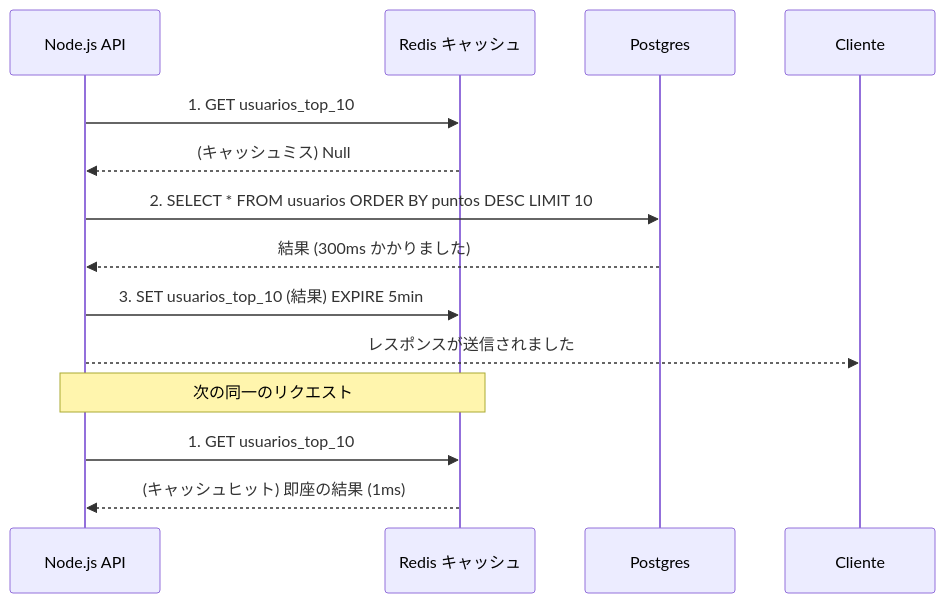
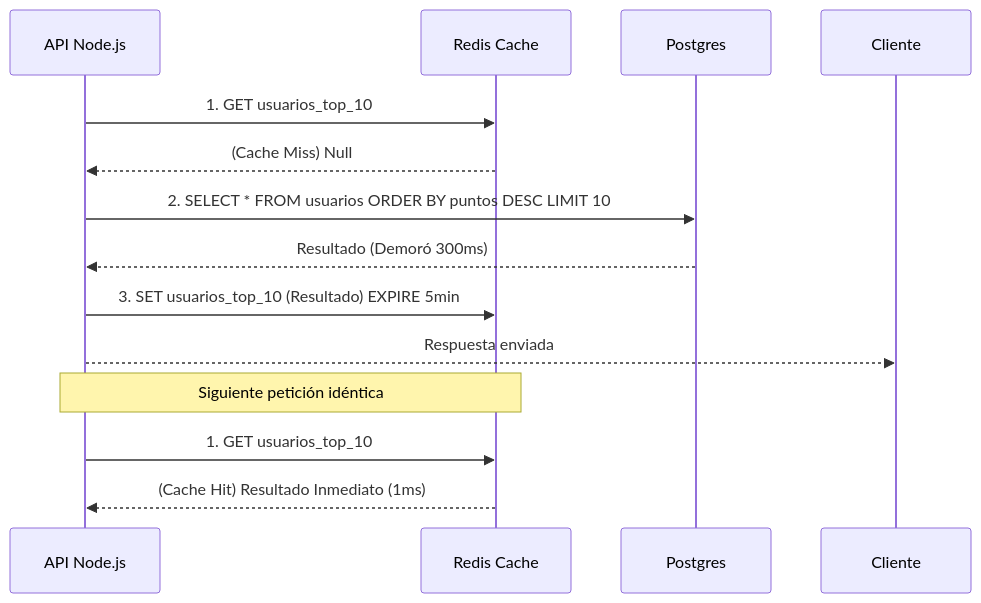
One commit to gjpierp/nmergeia changed the first of 2 diagrams in public/docs/ja/ext_node_experto.md. Above: the diagram before and after it, drawn with Mermaid. The commit also changed other lines of this file and 518 other files, not shown here.

````diff
--- a/public/docs/ja/ext_node_experto.md
+++ b/public/docs/ja/ext_node_experto.md
@@ -11,17 +11,17 @@
 ```mermaid
 sequenceDiagram
-    participant App as Node.js API
-    participant Redis as Redis キャッシュ
+    participant App as API Node.js
+    participant Redis as Redis Cache
     participant DB as Postgres
 
     App->>Redis: 1. GET usuarios_top_10
-    Redis-->>App: (キャッシュミス) Null
+    Redis-->>App: (Cache Miss) Null
     App->>DB: 2. SELECT * FROM usuarios ORDER BY puntos DESC LIMIT 10
-    DB-->>App: 結果 (300ms かかりました)
-    App->>Redis: 3. SET usuarios_top_10 (結果) EXPIRE 5min
-    App-->>Cliente: レスポンスが送信されました
+    DB-->>App: Resultado (Demoró 300ms)
+    App->>Redis: 3. SET usuarios_top_10 (Resultado) EXPIRE 5min
+    App-->>Cliente: Respuesta enviada
 
-    Note over App, Redis: 次の同一のリクエスト
+    Note over App, Redis: Siguiente petición idéntica
     App->>Redis: 1. GET usuarios_top_10
-    Redis-->>App: (キャッシュヒット) 即座の結果 (1ms)
+    Redis-->>App: (Cache Hit) Resultado Inmediato (1ms)
 ```
````
